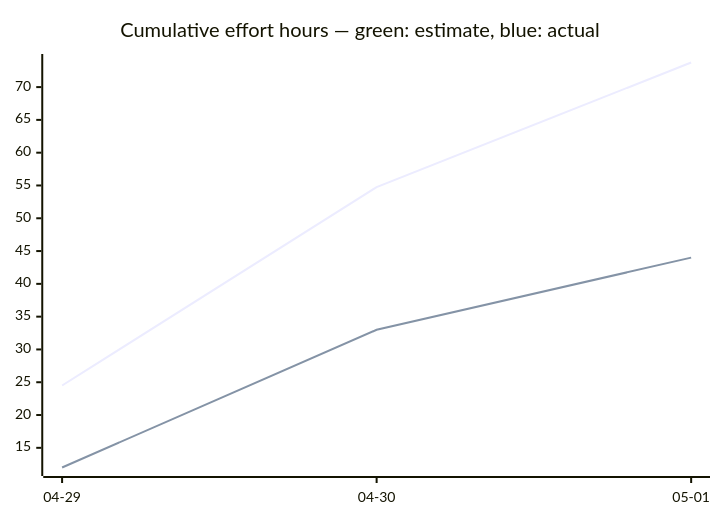
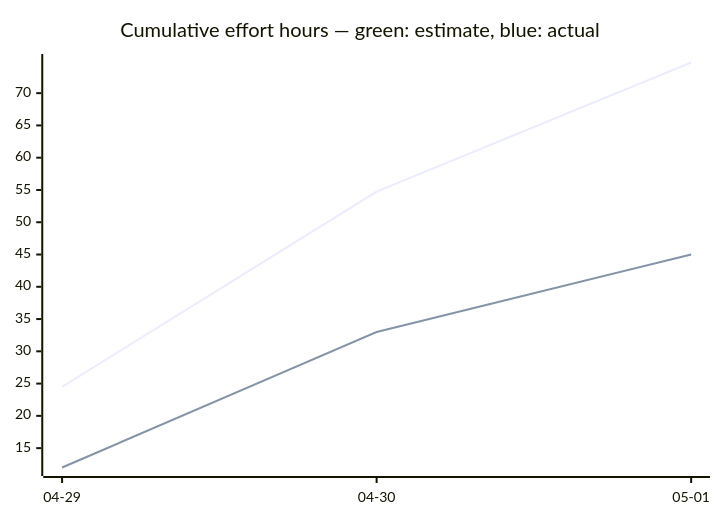
The third of 3 diagrams in docs/developers/tasks/OVERVIEW.md (tgd1975/AwesomeStudioPedal), drawn with Mermaid before and after one commit. The commit also changed other lines of this file and 12 other files, not shown here.

````diff
--- a/docs/developers/tasks/OVERVIEW.md
+++ b/docs/developers/tasks/OVERVIEW.md
@@ -40,7 +40,7 @@
 ```mermaid
 xychart-beta
     title "Cumulative effort hours — green: estimate, blue: actual"
     x-axis ["04-29", "04-30", "05-01"]
-    line [24.5, 54.75, 73.75]
-    line [12, 33, 44]
+    line [24.5, 54.75, 74.75]
+    line [12, 33, 45]
 ```
````
